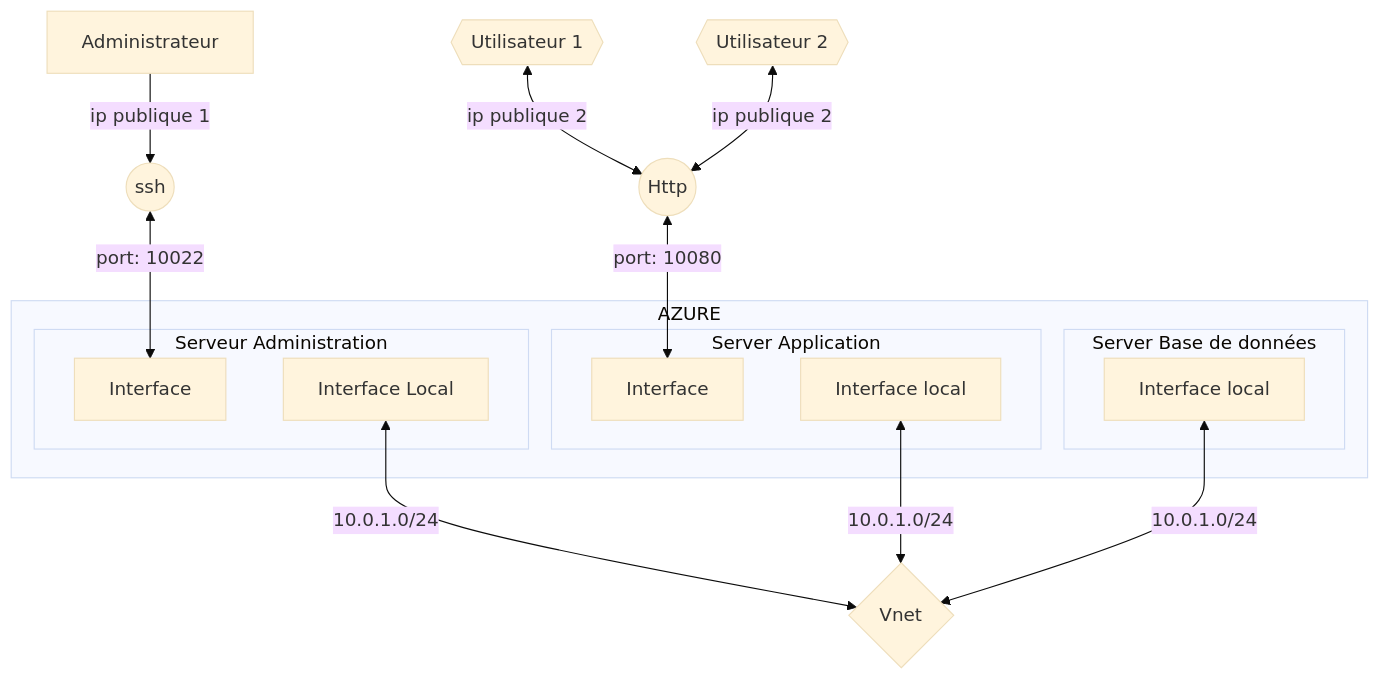
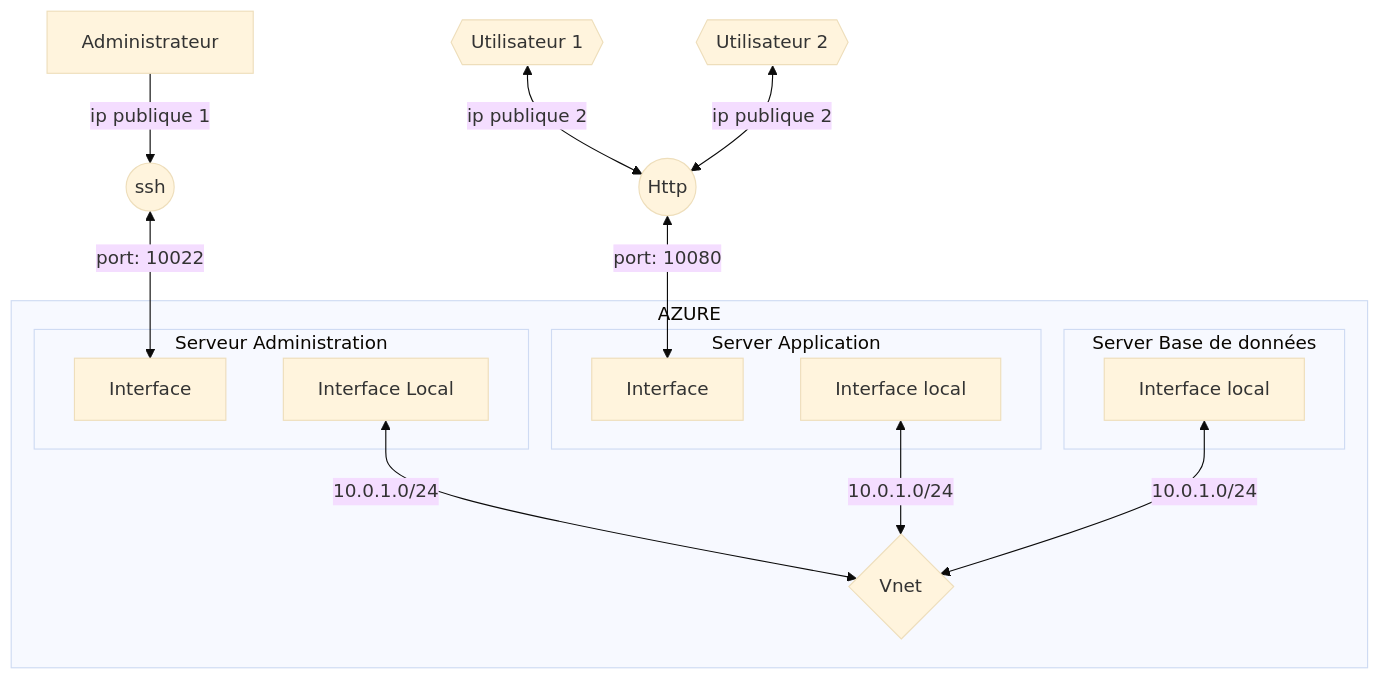
Before and after one commit to simplon-gabrielsarais/simplon_brief2: the diagram in plan_brief2.md, drawn with Mermaid (base theme).

````diff
--- a/plan_brief2.md
+++ b/plan_brief2.md
@@ -2,23 +2,23 @@
 ```mermaid
 flowchart TB
     subgraph AZR [AZURE]
         subgraph Admin [Serveur Administration]
             IntPuAd[Interface]
             IntLoAd[Interface Local]
         end
         subgraph App [Server Application]
         IntPuApp[Interface]
         IntLoApp[Interface local]
         
         end
         subgraph Bdd [Server Base de données]
         IntLoBdd[Interface local]
         end
+        Vnet{Vnet}
     end
-    Vnet{Vnet}
     IntLoAd & IntLoApp & IntLoBdd <--10.0.1.0/24--> Vnet
     Http((Http)) <--port: 10080--> IntPuApp
     U1{{Utilisateur 1}} & U2{{ Utilisateur 2}} <--ip publique 2--> Http
     ssh((ssh))<--port: 10022-->IntPuAd
     admin[Administrateur]--ip publique 1-->ssh
 ```
````
